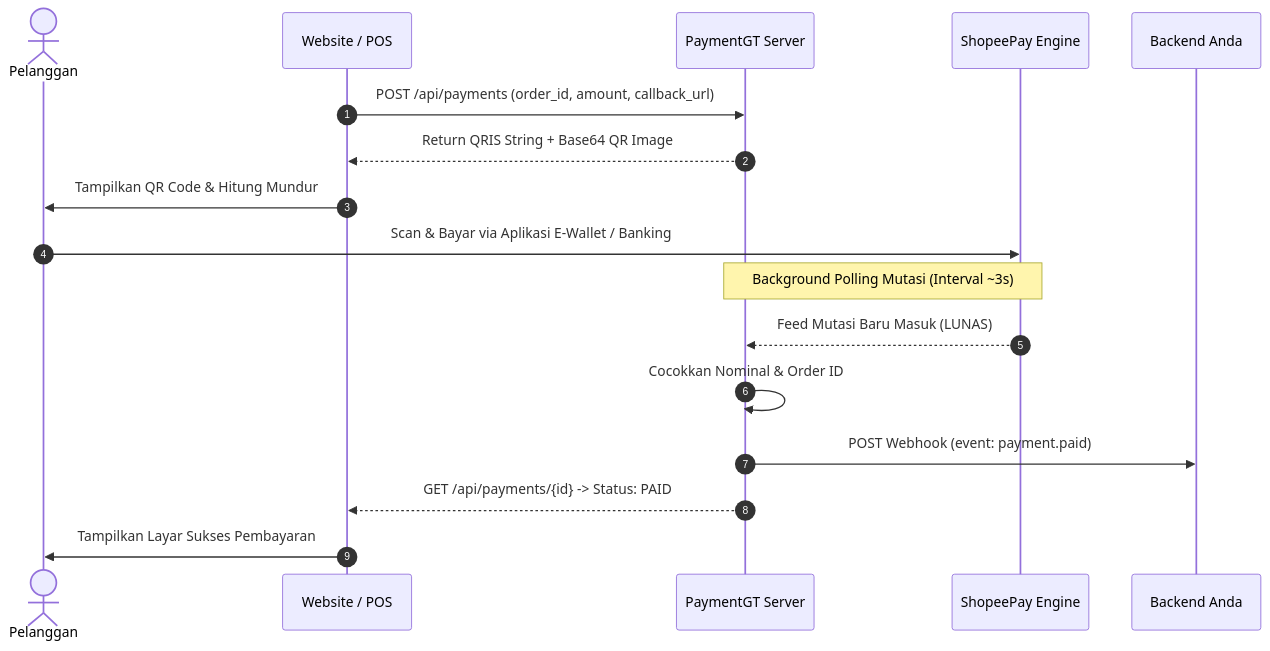
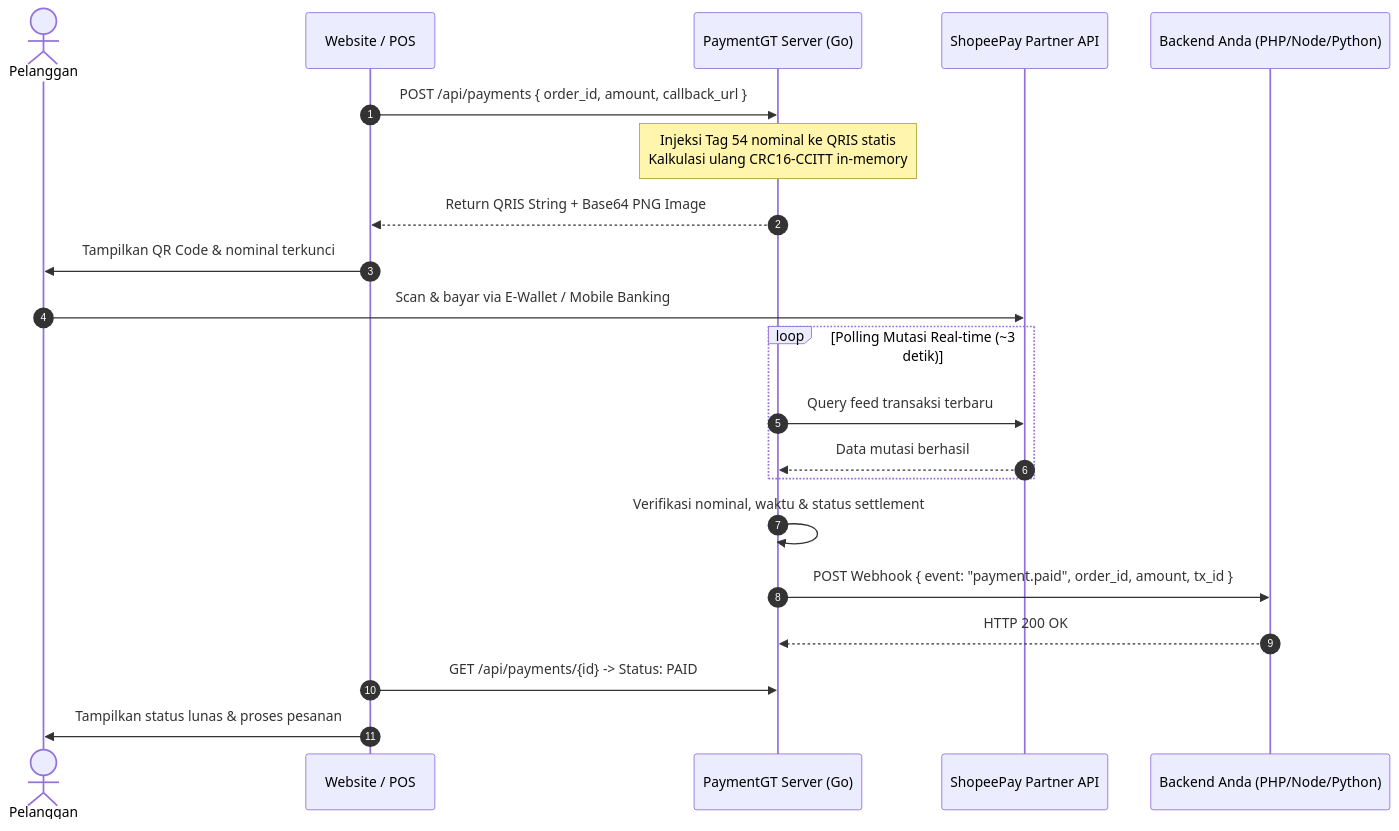
The diagram in README.md (fajrinTech/paymentgt), drawn with Mermaid before and after one commit. The commit also changed other lines of this file and 2 other files, not shown here.

Commit message:
fix(qris): use hybrid POI 11 for ShopeePay scan compatibility and update commercial docs

````diff
--- a/README.md
+++ b/README.md
@@ -53,20 +48,24 @@
 ```mermaid
 sequenceDiagram
     autonumber
     actor Pelanggan
-    participant Frontend as Website / POS
-    participant Gateway as PaymentGT Server
-    participant Shopee as ShopeePay Engine
-    participant Backend as Backend Anda
+    participant Web as Website / POS
+    participant GT as PaymentGT Server (Go)
+    participant Shopee as ShopeePay Partner API
+    participant Backend as Backend Anda (PHP/Node/Python)
 
-    Frontend->>Gateway: POST /api/payments (order_id, amount, callback_url)
-    Gateway-->>Frontend: Return QRIS String + Base64 QR Image
-    Frontend->>Pelanggan: Tampilkan QR Code & Hitung Mundur
-    Pelanggan->>Shopee: Scan & Bayar via Aplikasi E-Wallet / Banking
-    Note over Gateway,Shopee: Background Polling Mutasi (Interval ~3s)
-    Shopee-->>Gateway: Feed Mutasi Baru Masuk (LUNAS)
-    Gateway->>Gateway: Cocokkan Nominal & Order ID
-    Gateway->>Backend: POST Webhook (event: payment.paid)
-    Gateway-->>Frontend: GET /api/payments/{id} -> Status: PAID
-    Frontend->>Pelanggan: Tampilkan Layar Sukses Pembayaran
+    Web->>GT: POST /api/payments { order_id, amount, callback_url }
+    Note over GT: Injeksi Tag 54 nominal ke QRIS statis<br/>Kalkulasi ulang CRC16-CCITT in-memory
+    GT-->>Web: Return QRIS String + Base64 PNG Image
+    Web->>Pelanggan: Tampilkan QR Code & nominal terkunci
+    Pelanggan->>Shopee: Scan & bayar via E-Wallet / Mobile Banking
+    loop Polling Mutasi Real-time (~3 detik)
+        GT->>Shopee: Query feed transaksi terbaru
+        Shopee-->>GT: Data mutasi berhasil
+    end
+    GT->>GT: Verifikasi nominal, waktu & status settlement
+    GT->>Backend: POST Webhook { event: "payment.paid", order_id, amount, tx_id }
+    Backend-->>GT: HTTP 200 OK
+    Web->>GT: GET /api/payments/{id} -> Status: PAID
+    Web->>Pelanggan: Tampilkan status lunas & proses pesanan
 ```
````
